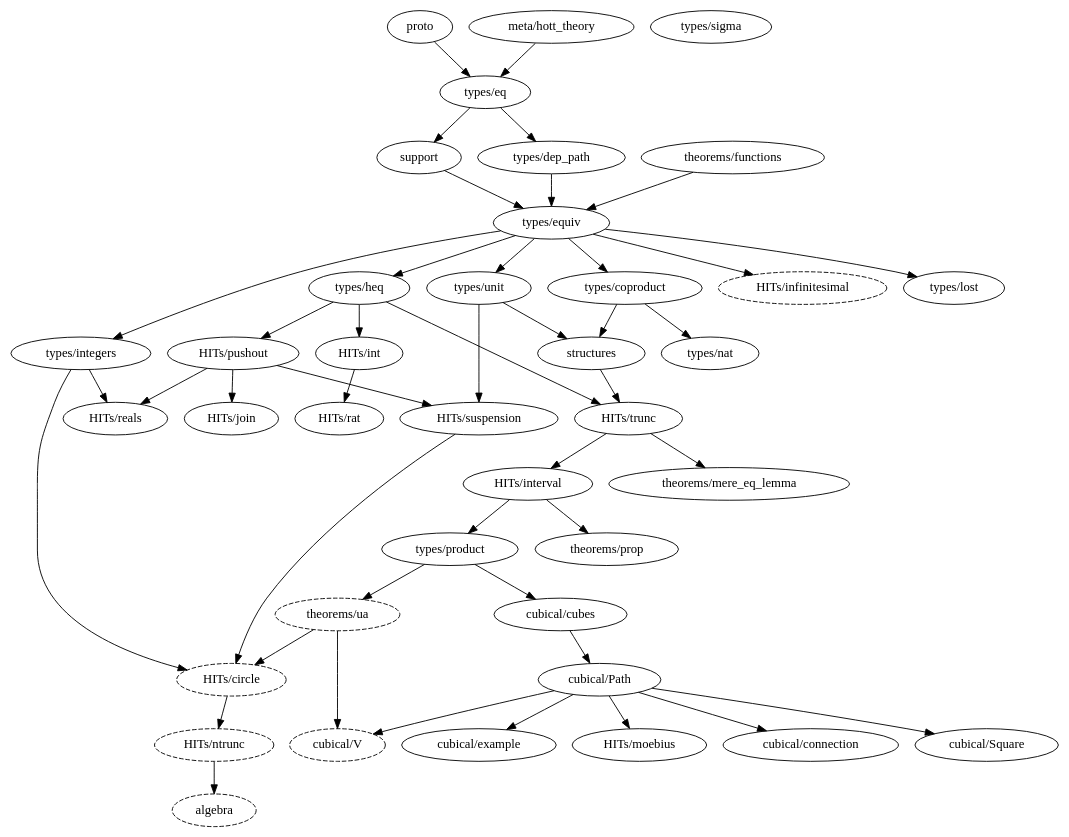
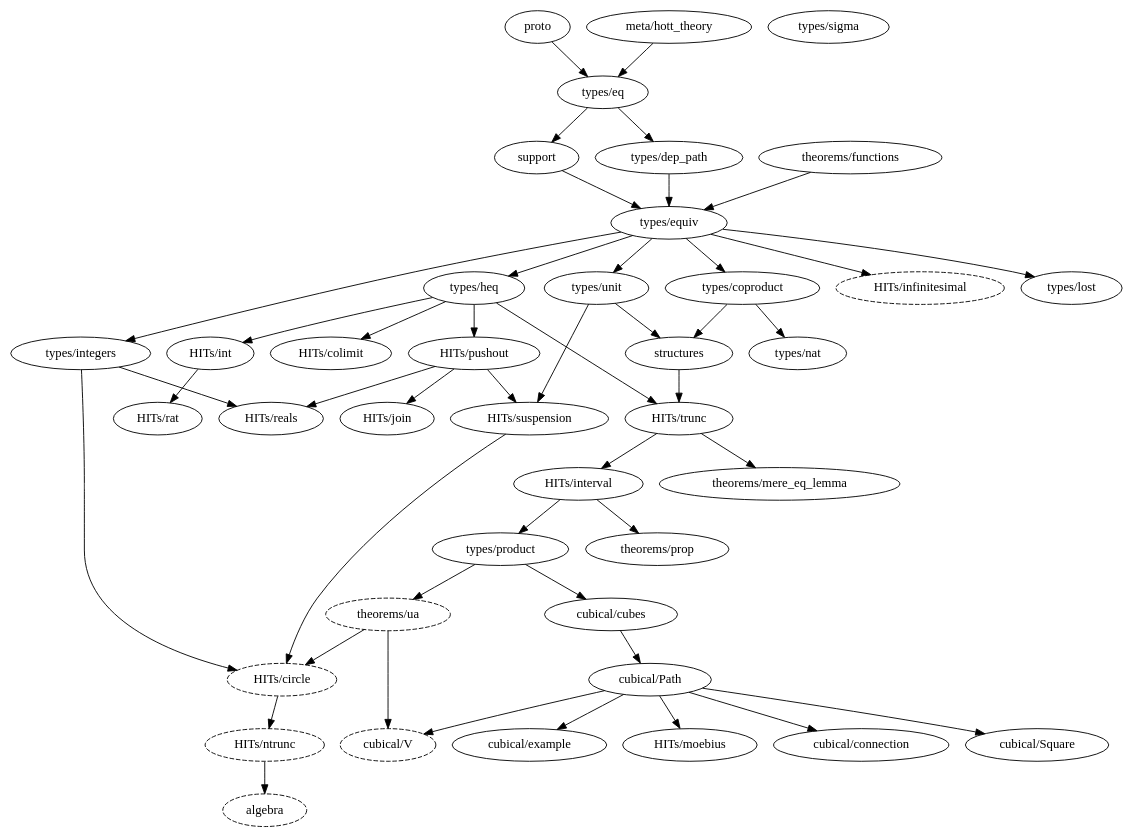
One commit to forked-from-1kasper/ground_zero changed the diagram in dependency_map.gv. Above: the diagram before and after it, drawn with Graphviz. The commit also changed 4 other files, not shown here.

```diff
--- a/dependency_map.gv
+++ b/dependency_map.gv
@@ -1,81 +1,83 @@
 digraph dependency_map {
   proto -> "types/eq"
   "meta/hott_theory" -> "types/eq"
 
   algebra [style=dashed]
   "HITs/ntrunc" -> algebra
 
   "HITs/circle" [style=dashed]
   "types/integers" -> "HITs/circle"
   "HITs/suspension" -> "HITs/circle"
   "theorems/ua" -> "HITs/circle"
+
+  "types/heq" -> "HITs/colimit"
 
   "HITs/infinitesimal" [style=dashed]
   "types/equiv" -> "HITs/infinitesimal"
 
   "types/equiv" -> "types/coproduct"
   "types/eq" -> "types/dep_path"
 
   "cubical/Path" -> "cubical/connection"
   "types/product" -> "cubical/cubes"
   "cubical/cubes" -> "cubical/Path"
   "cubical/Path" -> "cubical/Square"
   "cubical/Path" -> "cubical/example"
 
   "cubical/V" [style=dashed]
   "theorems/ua" -> "cubical/V"
   "cubical/Path" -> "cubical/V"
 
   "types/equiv" -> "types/heq"
   "types/equiv" -> "types/integers"
 
   "types/dep_path" -> "types/equiv"
   support -> "types/equiv"
   "theorems/functions" -> "types/equiv"
 
   "types/heq" -> "HITs/int"
 
   "HITs/trunc" -> "HITs/interval"
 
   "HITs/pushout" -> "HITs/join"
 
   "cubical/Path" -> "HITs/moebius"
 
   "HITs/trunc" -> "theorems/mere_eq_lemma"
 
   "HITs/ntrunc" [style=dashed]
   "HITs/circle" -> "HITs/ntrunc"
 
   "HITs/interval" -> "types/product"
 
   "HITs/interval" -> "theorems/prop"
 
   "types/heq" -> "HITs/pushout"
 
   "HITs/int" -> "HITs/rat"
 
   "HITs/pushout" -> "HITs/reals"
   "types/integers" -> "HITs/reals"
 
   "types/unit" -> structures
   "types/coproduct" -> structures
 
   "types/eq" -> support
 
   "HITs/pushout" -> "HITs/suspension"
   "types/unit" -> "HITs/suspension"
 
   structures -> "HITs/trunc"
   "types/heq" -> "HITs/trunc"
 
   "theorems/ua" [style=dashed]
   "types/product" -> "theorems/ua"
 
   "types/equiv" -> "types/unit"
 
   "types/coproduct" -> "types/nat"
 
   "types/equiv" -> "types/lost"
 
   "types/sigma"
 }
```
